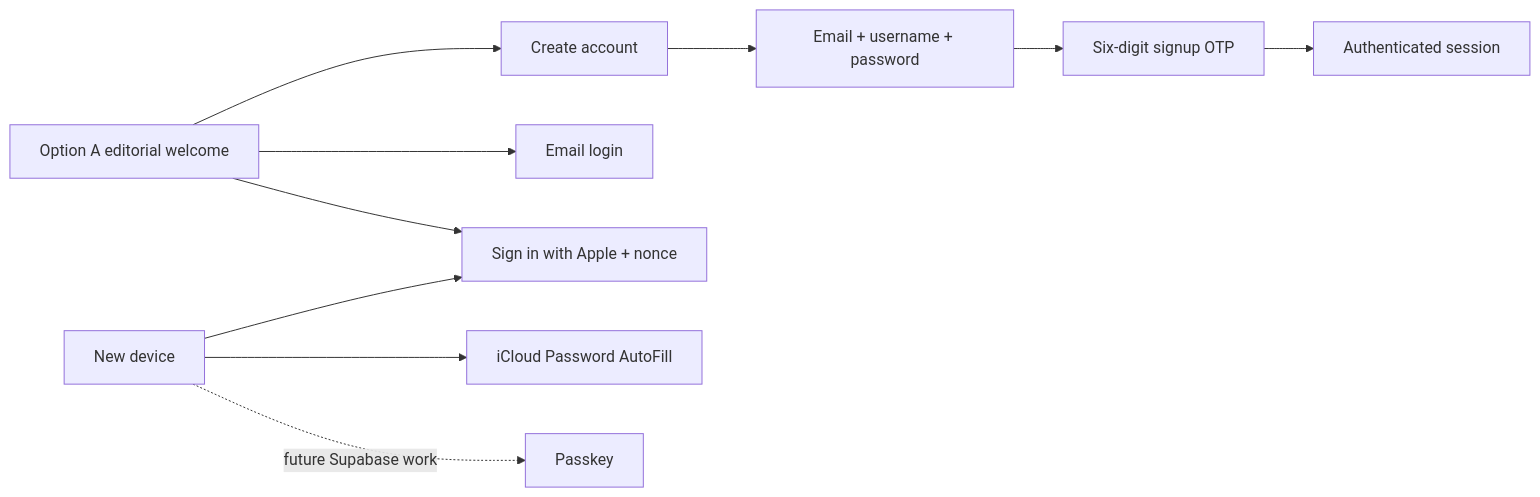
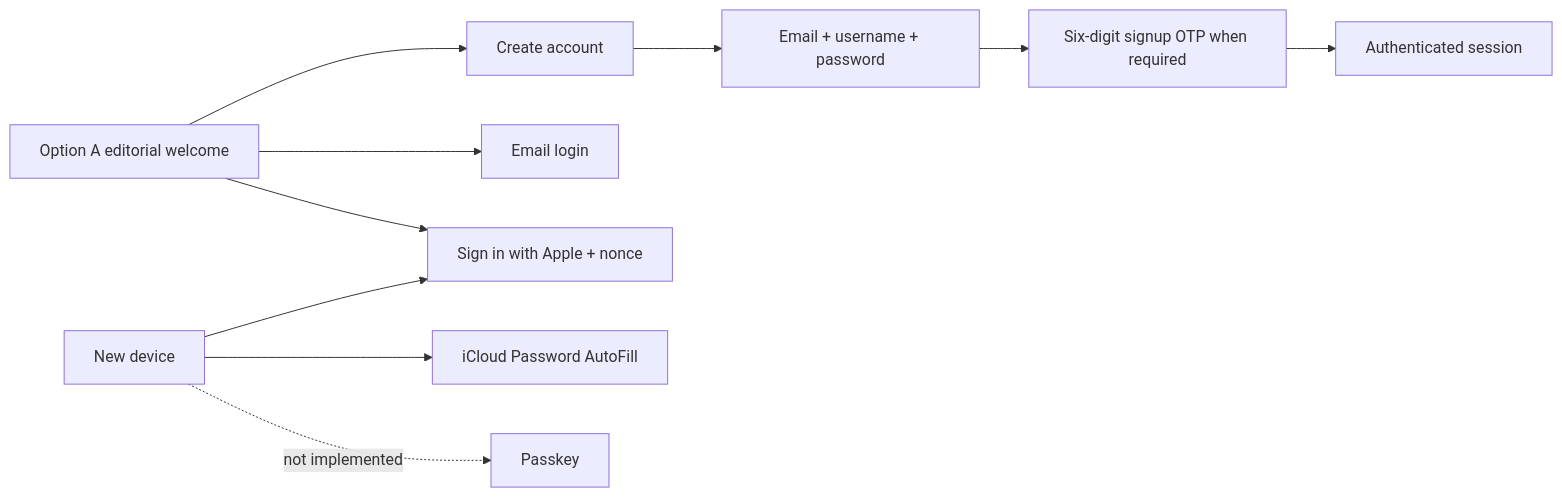
The second of 2 diagrams in docs/diagrams/app-launch-auth-flow.md (Ewynman/spot), drawn with Mermaid before and after one commit. The commit also changed other lines of this file and 41 other files, not shown here.

Commit message:
Refresh documentation for current app flows

````diff
--- a/docs/diagrams/app-launch-auth-flow.md
+++ b/docs/diagrams/app-launch-auth-flow.md
@@ -42,12 +45,12 @@
 ```mermaid
 flowchart LR
   A[Option A editorial welcome] --> B[Create account]
   B --> C[Email + username + password]
-  C --> D[Six-digit signup OTP]
+  C --> D[Six-digit signup OTP when required]
   D --> E[Authenticated session]
   A --> F[Email login]
   A --> G[Sign in with Apple + nonce]
   H[New device] --> G
   H --> I[iCloud Password AutoFill]
-  H -. future Supabase work .-> J[Passkey]
+  H -. not implemented .-> J[Passkey]
 ```
````
